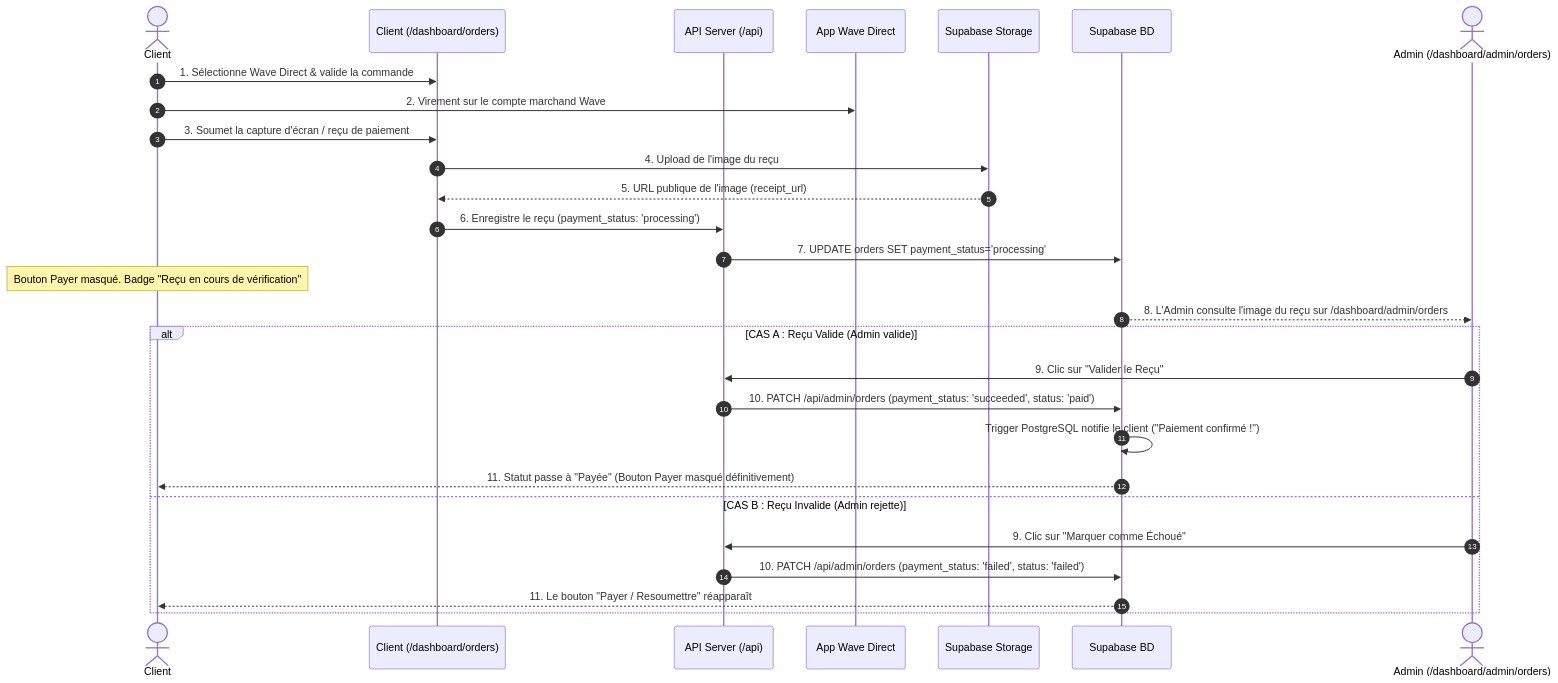
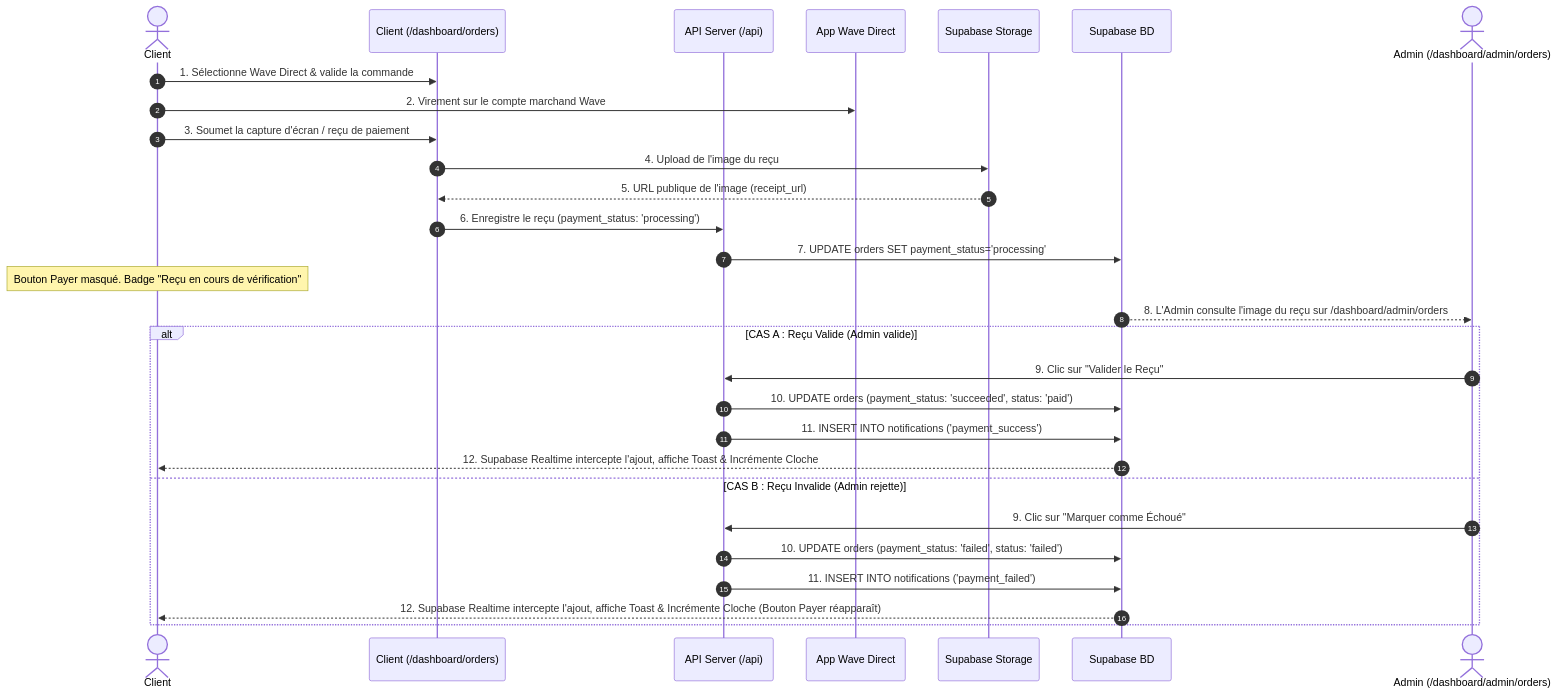
Before and after one commit to krsidoine7-svg/Ofika-c: the diagram in flux-utilisateur/paiement/paiement-wave-direct-manuel.md, drawn with Mermaid. The commit also changed other lines of this file and 74 other files, not shown here.

Commit message:
feat: complete Sentry integration, unified realtime notifications and wave payments updates

````diff
--- a/flux-utilisateur/paiement/paiement-wave-direct-manuel.md
+++ b/flux-utilisateur/paiement/paiement-wave-direct-manuel.md
@@ -24,34 +24,35 @@
 ```mermaid
 sequenceDiagram
     autonumber
     actor Client
     participant Frontend as Client (/dashboard/orders)
     participant API as API Server (/api)
     participant Wave as App Wave Direct
     participant Storage as Supabase Storage
     participant DB as Supabase BD
     actor Admin as Admin (/dashboard/admin/orders)
 
     Client->>Frontend: 1. Sélectionne Wave Direct & valide la commande
     Client->>Wave: 2. Virement sur le compte marchand Wave
     Client->>Frontend: 3. Soumet la capture d'écran / reçu de paiement
     Frontend->>Storage: 4. Upload de l'image du reçu
     Storage-->>Frontend: 5. URL publique de l'image (receipt_url)
     Frontend->>API: 6. Enregistre le reçu (payment_status: 'processing')
     API->>DB: 7. UPDATE orders SET payment_status='processing'
     
     Note over Client: Bouton Payer masqué. Badge "Reçu en cours de vérification"
 
     DB-->>Admin: 8. L'Admin consulte l'image du reçu sur /dashboard/admin/orders
     
     alt CAS A : Reçu Valide (Admin valide)
         Admin->>API: 9. Clic sur "Valider le Reçu"
-        API->>DB: 10. PATCH /api/admin/orders (payment_status: 'succeeded', status: 'paid')
-        DB->>DB: Trigger PostgreSQL notifie le client ("Paiement confirmé !")
-        DB-->>Client: 11. Statut passe à "Payée" (Bouton Payer masqué définitivement)
+        API->>DB: 10. UPDATE orders (payment_status: 'succeeded', status: 'paid')
+        API->>DB: 11. INSERT INTO notifications ('payment_success')
+        DB-->>Client: 12. Supabase Realtime intercepte l'ajout, affiche Toast & Incrémente Cloche
     else CAS B : Reçu Invalide (Admin rejette)
         Admin->>API: 9. Clic sur "Marquer comme Échoué"
-        API->>DB: 10. PATCH /api/admin/orders (payment_status: 'failed', status: 'failed')
-        DB-->>Client: 11. Le bouton "Payer / Resoumettre" réapparaît
+        API->>DB: 10. UPDATE orders (payment_status: 'failed', status: 'failed')
+        API->>DB: 11. INSERT INTO notifications ('payment_failed')
+        DB-->>Client: 12. Supabase Realtime intercepte l'ajout, affiche Toast & Incrémente Cloche (Bouton Payer réapparaît)
     end
 ```
````
